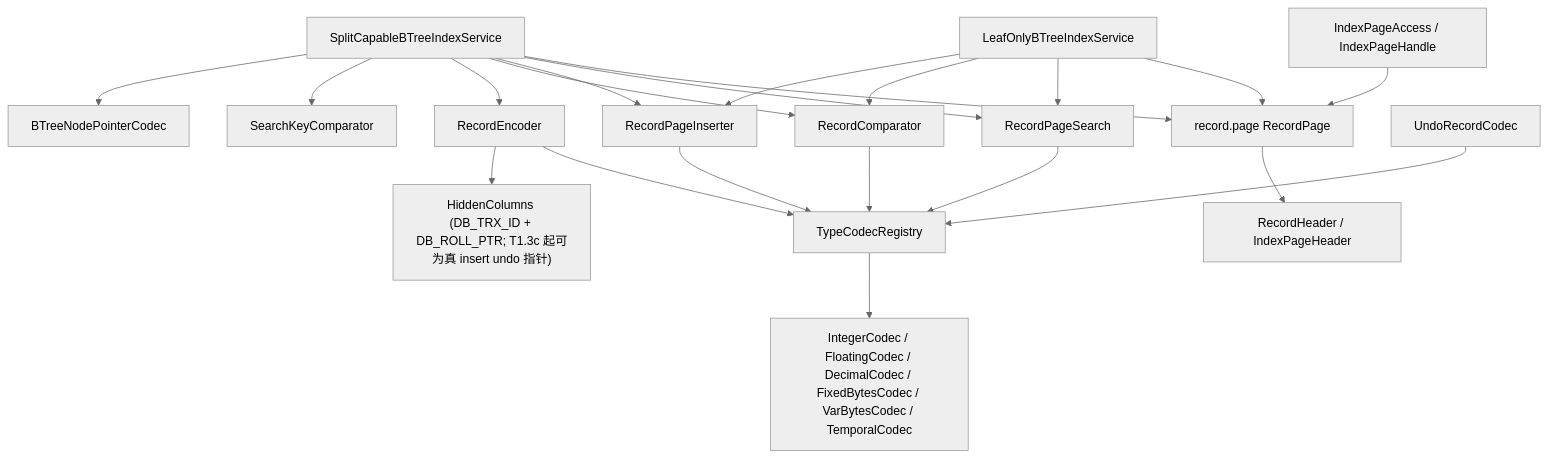
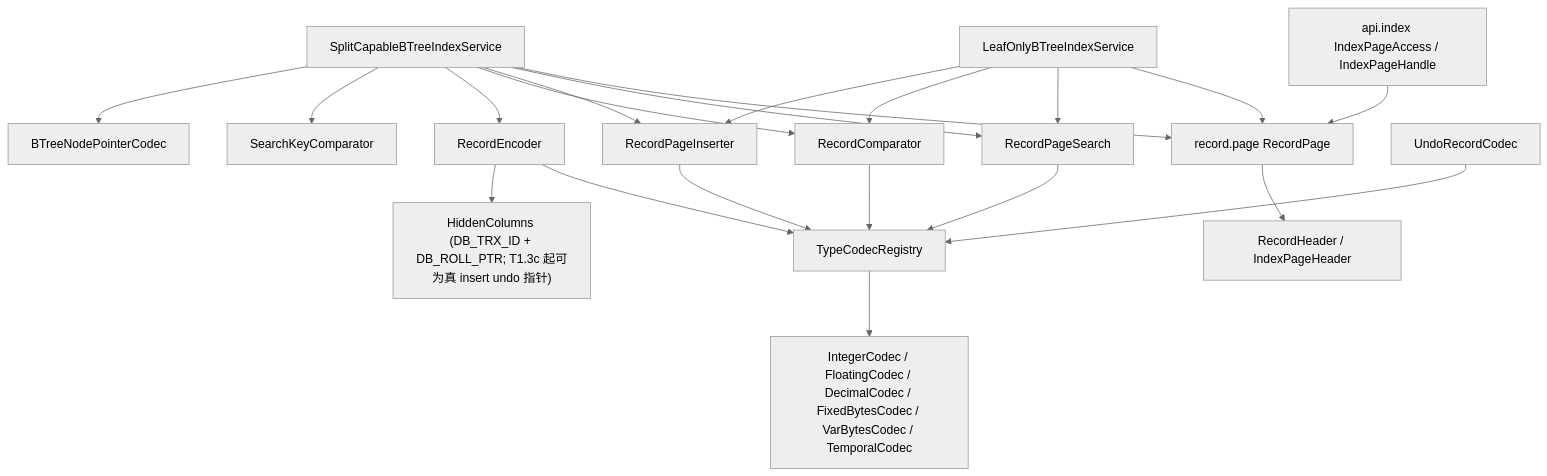
One commit to mywnlb/dbtest changed the third of 9 diagrams in docs/design/current-implementation-map.md. Above: the diagram before and after it, drawn with Mermaid (neutral theme). The commit also changed other lines of this file and 371 other files, not shown here.

````diff
--- a/docs/design/current-implementation-map.md
+++ b/docs/design/current-implementation-map.md
@@ -122,23 +133,23 @@
 ```mermaid
 flowchart TD
-  ApiIndex["IndexPageAccess / IndexPageHandle"] --> RPage["record.page RecordPage"]
+  ApiIndex["api.index IndexPageAccess / IndexPageHandle"] --> RPage["record.page RecordPage"]
   BTreeLeaf["LeafOnlyBTreeIndexService"] --> RPage
   BTreeSplit["SplitCapableBTreeIndexService"] --> RPage
   BTreeLeaf --> RSearch["RecordPageSearch"]
   BTreeLeaf --> RComparator["RecordComparator"]
   BTreeLeaf --> RInserter["RecordPageInserter"]
   BTreeSplit --> RSearch
   BTreeSplit --> RInserter
   BTreeSplit --> RComparator
   BTreeSplit --> REncoder["RecordEncoder"]
   BTreeSplit --> KeyCmp["SearchKeyComparator"]
   BTreeSplit --> PtrCodec["BTreeNodePointerCodec"]
   UndoCodec["UndoRecordCodec"] --> Registry["TypeCodecRegistry"]
   RSearch --> Registry
   RComparator --> Registry
   RInserter --> Registry
   REncoder --> Registry
   Registry --> Codecs["IntegerCodec / FloatingCodec / DecimalCodec / FixedBytesCodec / VarBytesCodec / TemporalCodec"]
   RPage --> RHeader["RecordHeader / IndexPageHeader"]
   REncoder --> Hidden["HiddenColumns (DB_TRX_ID + DB_ROLL_PTR; T1.3c 起可为真 insert undo 指针)"]
 ```
````
